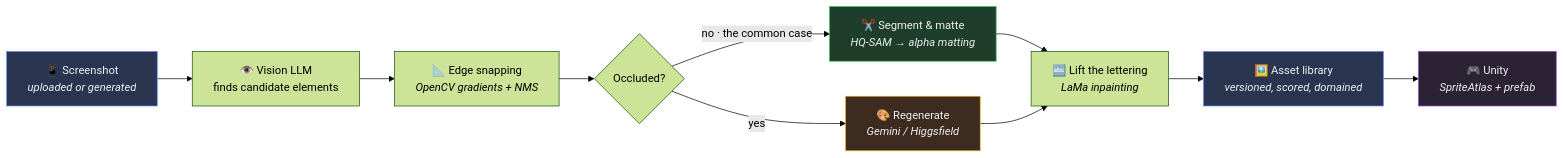
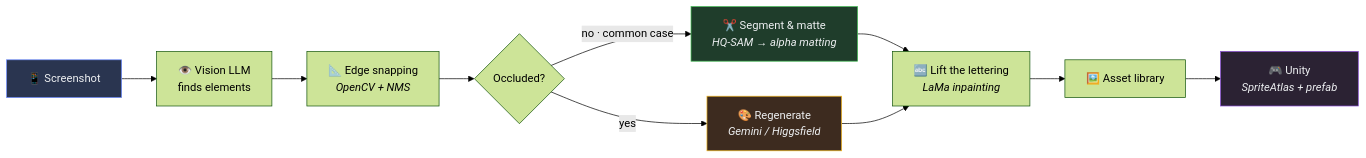
One commit to AdielMag/2d-assets-pipeline changed the first of 7 diagrams in README.md. Above: the diagram before and after it, drawn with Mermaid (forest theme). The commit also changed other lines of this file and 1 other file, not shown here.

````diff
--- a/README.md
+++ b/README.md
@@ -68,18 +77,17 @@
 ```mermaid
 flowchart LR
-    A["📱 Screenshot<br/><i>uploaded or generated</i>"] --> B["👁️ Vision LLM<br/>finds candidate elements"]
-    B --> C["📐 Edge snapping<br/><i>OpenCV gradients + NMS</i>"]
+    A["📱 Screenshot"] --> B["👁️ Vision LLM<br/>finds elements"]
+    B --> C["📐 Edge snapping<br/><i>OpenCV + NMS</i>"]
     C --> D{"Occluded?"}
-    D -->|"no · the common case"| E["✂️ Segment & matte<br/><i>HQ-SAM → alpha matting</i>"]
+    D -->|"no · common case"| E["✂️ Segment & matte<br/><i>HQ-SAM → alpha matting</i>"]
     D -->|"yes"| F["🎨 Regenerate<br/><i>Gemini / Higgsfield</i>"]
     E --> G["🔤 Lift the lettering<br/><i>LaMa inpainting</i>"]
     F --> G
-    G --> H["🖼️ Asset library<br/><i>versioned, scored, domained</i>"]
+    G --> H["🖼️ Asset library"]
     H --> I["🎮 Unity<br/><i>SpriteAtlas + prefab</i>"]
 
     style A fill:#2a3550,stroke:#6c8cff,color:#eef0f2
     style E fill:#1f3d2b,stroke:#3fb950,color:#eef0f2
     style F fill:#3d2b1f,stroke:#f5b820,color:#eef0f2
-    style H fill:#2a3550,stroke:#6c8cff,color:#eef0f2
     style I fill:#2b2233,stroke:#8a4fd6,color:#eef0f2
 ```
````
